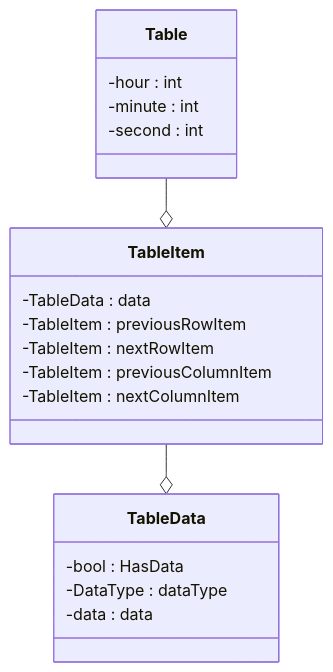
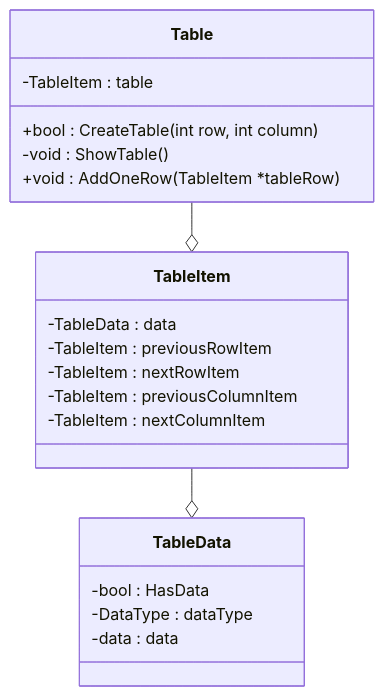
One commit to liupengzhouyi/MyNotion changed the fourth of 4 diagrams in README.md. Above: the diagram before and after it, drawn with Mermaid. The commit also changed other lines of this file, not shown here.

````diff
--- a/README.md
+++ b/README.md
@@ -75,25 +114,26 @@
 ```mermaid
 classDiagram
   	direction TB
   		class Table {
-    		-hour : int
-			-minute : int
-			-second : int
+    		-TableItem : table
+			+bool : CreateTable(int row, int column)
+			-void : ShowTable()
+			+void : AddOneRow(TableItem *tableRow)
   		}
 		class TableItem {
     		-TableData : data
 			-TableItem : previousRowItem
 			-TableItem : nextRowItem
 			-TableItem : previousColumnItem
 			-TableItem : nextColumnItem
   		}
 		class TableData {
     		-bool : HasData
 			-DataType : dataType
 			-data : data
   		}
 
 		Table --o TableItem
 		TableItem --o TableData
 
 ```
````
